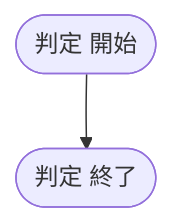
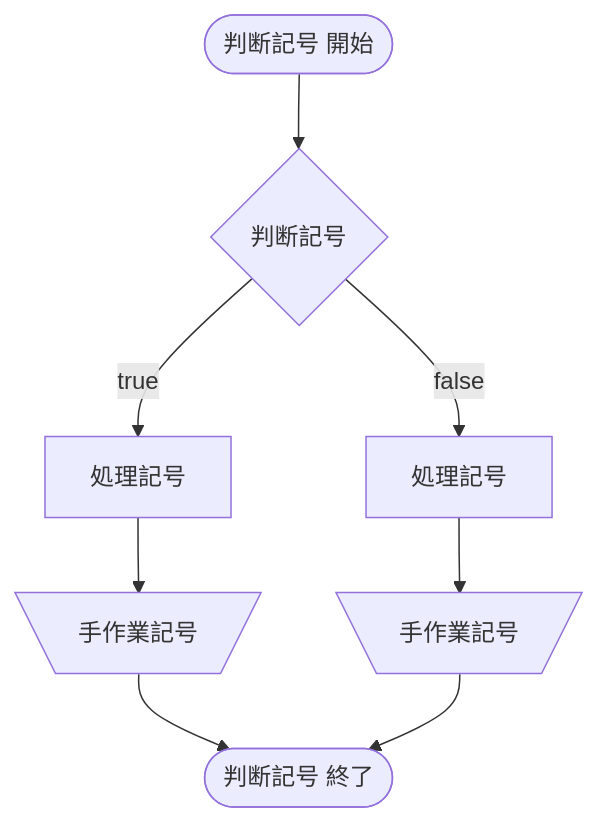
The diagram in study/mermaid.md (ykob/memo), drawn with Mermaid before and after one commit. The commit also changed other lines of this file, not shown here.

Commit message:
add the sample flowchart.

````diff
--- a/study/mermaid.md
+++ b/study/mermaid.md
@@ -38,5 +38,12 @@
 ```mermaid
 flowchart TD
-  A([判定 開始]) -->
-  ZZ([判定 終了])
+  A([判断記号 開始]) -->
+  B{判断記号}
+  B--"true"-->C1
+  B--"false"-->D1
+  C1[処理記号]-->
+  C2[\手作業記号/]-->ZZ
+  D1[処理記号]-->
+  D2[\手作業記号/]-->ZZ
+  ZZ([判断記号 終了])
 ```
````
